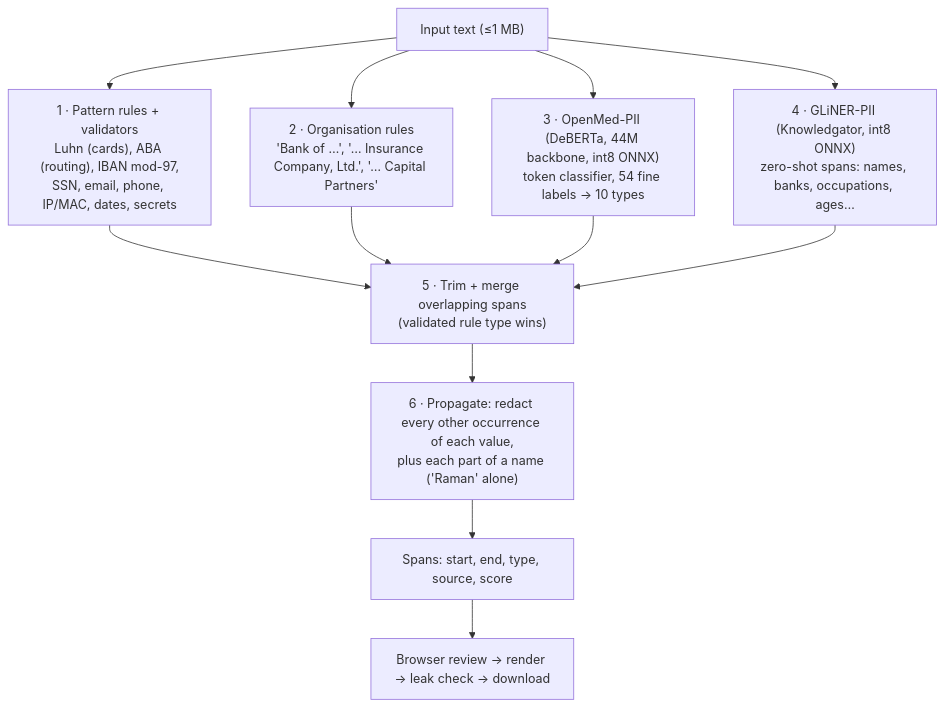
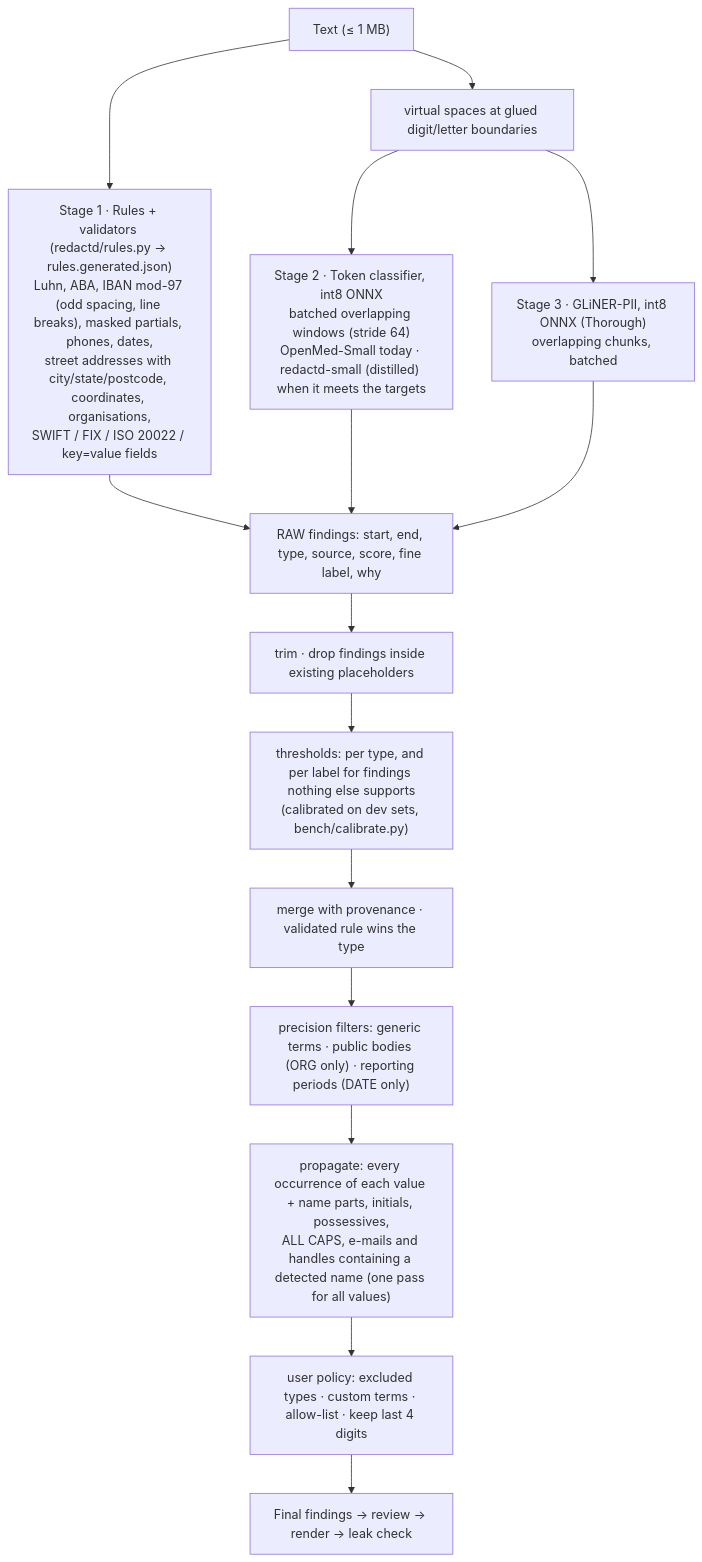
The second of 3 diagrams in docs/ARCHITECTURE.md (SiddhaBasu/redactd), drawn with Mermaid before and after one commit. The commit also changed other lines of this file and 1 other file, not shown here.

First line of the commit message:
docs: architecture rewrite for the current pipeline, manual precision audit note

````diff
--- a/docs/ARCHITECTURE.md
+++ b/docs/ARCHITECTURE.md
@@ -44,11 +47,15 @@
 ```mermaid
 flowchart TD
-  T["Input text (≤1 MB)"] --> A["1 · Pattern rules + validators<br/>Luhn (cards), ABA (routing), IBAN mod-97,<br/>SSN, email, phone, IP/MAC, dates, secrets"]
-  T --> B["2 · Organisation rules<br/>'Bank of …', '… Insurance Company, Ltd.', '… Capital Partners'"]
-  T --> C["3 · OpenMed-PII (DeBERTa, 44M backbone, int8 ONNX)<br/>token classifier, 54 fine labels → 10 types"]
-  T --> D["4 · GLiNER-PII (Knowledgator, int8 ONNX)<br/>zero-shot spans: names, banks, occupations, ages…"]
-  A & B & C & D --> E["5 · Trim + merge overlapping spans<br/>(validated rule type wins)"]
-  E --> F["6 · Propagate: redact every other occurrence of each value,<br/>plus each part of a name ('Raman' alone)"]
-  F --> G["Spans: start, end, type, source, score"]
-  G --> H["Browser review → render → leak check → download"]
+  T["Text (≤ 1 MB)"] --> A["Stage 1 · Rules + validators (redactd/rules.py → rules.generated.json)<br/>Luhn, ABA, IBAN mod-97 (odd spacing, line breaks), masked partials, phones, dates,<br/>street addresses with city/state/postcode, coordinates, organisations,<br/>SWIFT / FIX / ISO 20022 / key=value fields"]
+  T --> G["virtual spaces at glued digit/letter boundaries"]
+  G --> C["Stage 2 · Token classifier, int8 ONNX<br/>batched overlapping windows (stride 64)<br/>OpenMed-Small today · redactd-small (distilled) when it meets the targets"]
+  G --> D["Stage 3 · GLiNER-PII, int8 ONNX (Thorough)<br/>overlapping chunks, batched"]
+  A & C & D --> RAW["RAW findings: start, end, type, source, score, fine label, why"]
+  RAW --> F1["trim · drop findings inside existing placeholders"]
+  F1 --> F2["thresholds: per type, and per label for findings nothing else supports<br/>(calibrated on dev sets, bench/calibrate.py)"]
+  F2 --> F3["merge with provenance · validated rule wins the type"]
+  F3 --> F4["precision filters: generic terms · public bodies (ORG only) · reporting periods (DATE only)"]
+  F4 --> F5["propagate: every occurrence of each value + name parts, initials, possessives,<br/>ALL CAPS, e-mails and handles containing a detected name (one pass for all values)"]
+  F5 --> F6["user policy: excluded types · custom terms · allow-list · keep last 4 digits"]
+  F6 --> OUT["Final findings → review → render → leak check"]
 ```
````
